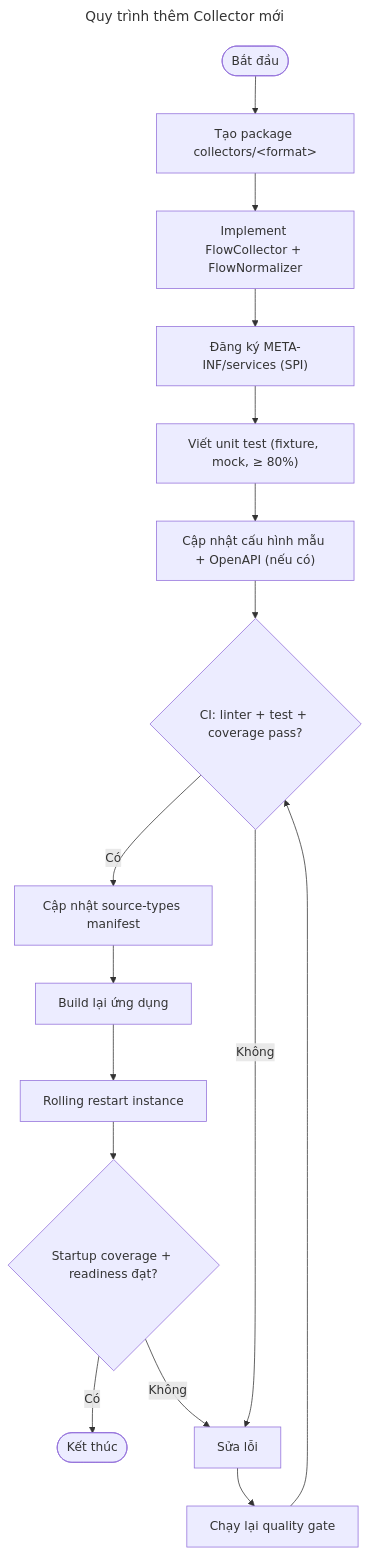
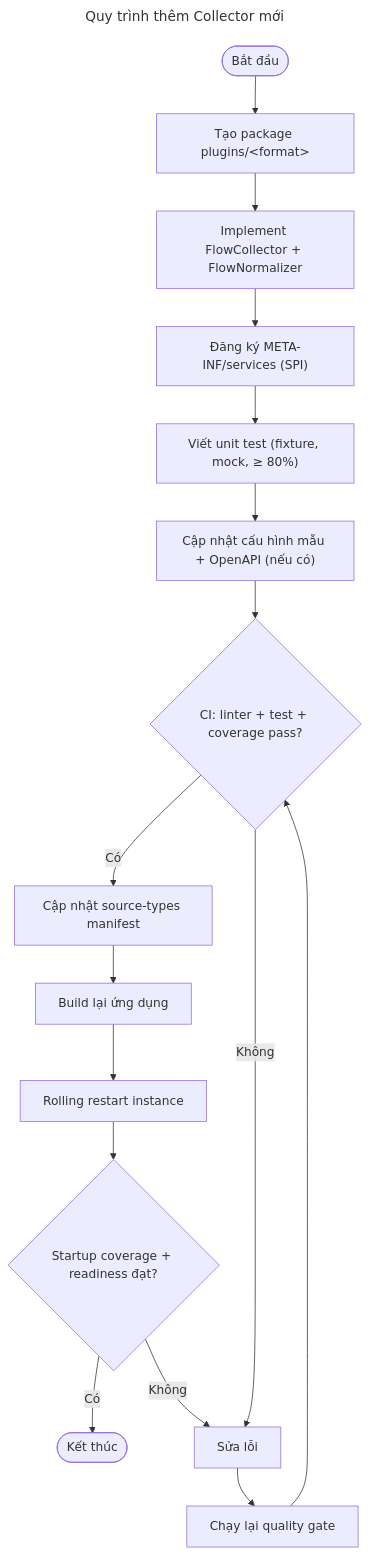
One commit to bankientapcode-1410/NetworkFlowCollector changed the eighth of 9 diagrams in docs/SDD.md. Above: the diagram before and after it, drawn with Mermaid. The commit also changed other lines of this file and 99 other files, not shown here.

````diff
--- a/docs/SDD.md
+++ b/docs/SDD.md
@@ -1467,28 +1467,28 @@
 ```mermaid
 ---
 title: Quy trình thêm Collector mới
 ---
 flowchart TD
     Start([Bắt đầu])
-    Create["Tạo package collectors/&lt;format&gt;"]
+    Create["Tạo package plugins/&lt;format&gt;"]
     Implement["Implement FlowCollector + FlowNormalizer"]
     Register["Đăng ký META-INF/services (SPI)"]
     Test["Viết unit test (fixture, mock, ≥ 80%)"]
     Docs["Cập nhật cấu hình mẫu + OpenAPI (nếu có)"]
     Gate{"CI: linter + test + coverage pass?"}
     Package["Cập nhật source-types manifest"]
     Deploy["Build lại ứng dụng"]
     Restart["Rolling restart instance"]
     Startup{"Startup coverage + readiness đạt?"}
     Fix["Sửa lỗi"]
     Rerun["Chạy lại quality gate"]
     Stop([Kết thúc])
 
     Start --> Create --> Implement --> Register --> Test --> Docs --> Gate
     Gate -- Có --> Package --> Deploy --> Restart --> Startup
     Startup -- Có --> Stop
     Startup -- Không --> Fix
     Gate -- Không --> Fix
     Fix --> Rerun
     Rerun --> Gate
 ```
````
